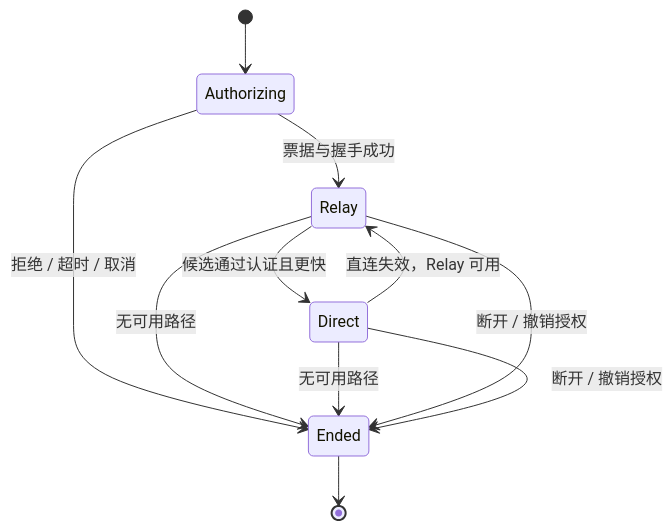
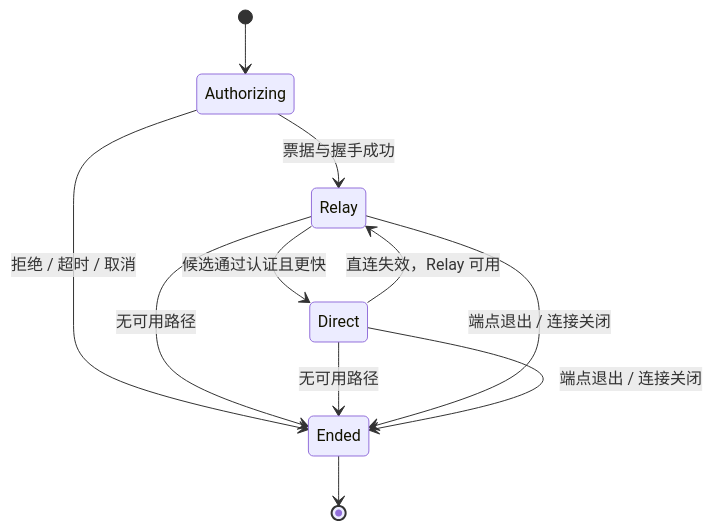
The fourth of 5 diagrams in docs/architecture/PRODUCT_ARCHITECTURE.md (zongyangbigpolo/NebulaDesk), drawn with Mermaid before and after one commit. The commit also changed other lines of this file and 7 other files, not shown here.

````diff
--- a/docs/architecture/PRODUCT_ARCHITECTURE.md
+++ b/docs/architecture/PRODUCT_ARCHITECTURE.md
@@ -178,13 +193,13 @@
 ```mermaid
 stateDiagram-v2
   [*] --> Authorizing
   Authorizing --> Relay: 票据与握手成功
   Authorizing --> Ended: 拒绝 / 超时 / 取消
   Relay --> Direct: 候选通过认证且更快
   Direct --> Relay: 直连失效，Relay 可用
   Relay --> Ended: 无可用路径
   Direct --> Ended: 无可用路径
-  Relay --> Ended: 断开 / 撤销授权
-  Direct --> Ended: 断开 / 撤销授权
+  Relay --> Ended: 端点退出 / 连接关闭
+  Direct --> Ended: 端点退出 / 连接关闭
   Ended --> [*]
 ```
````
